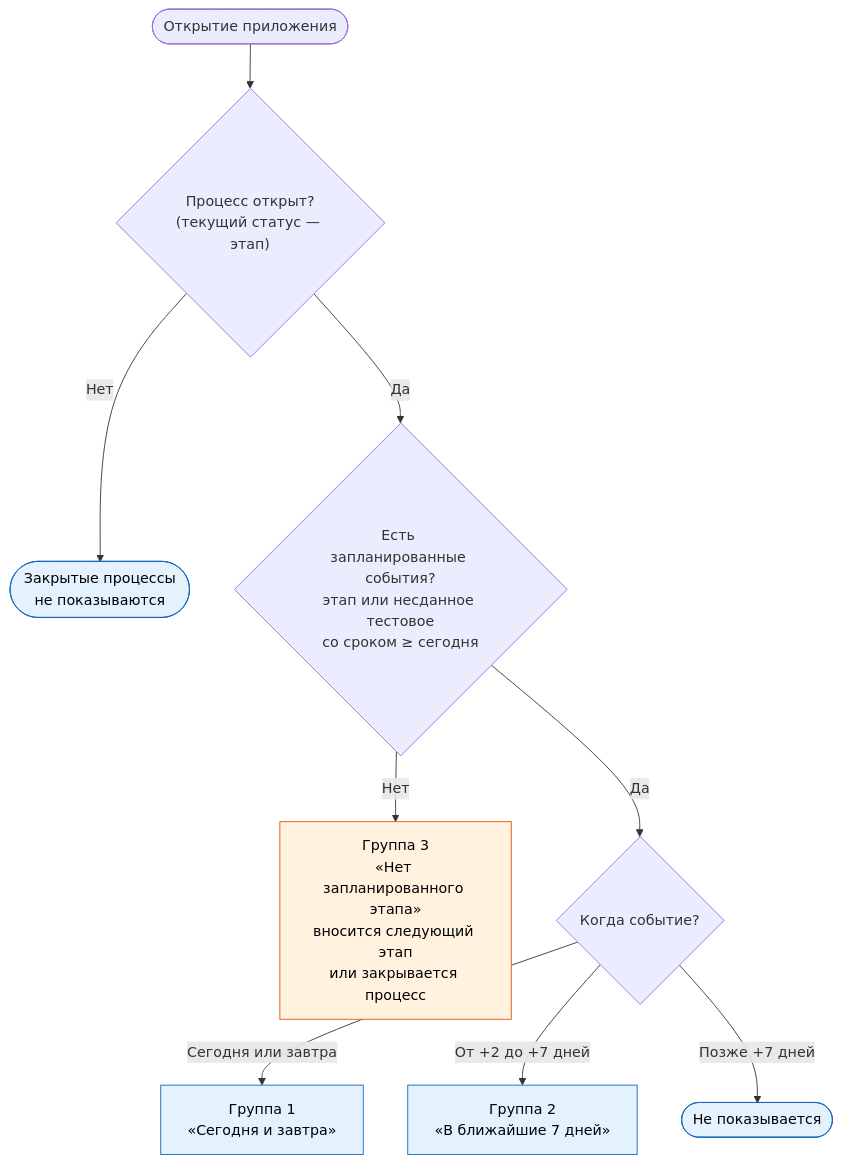
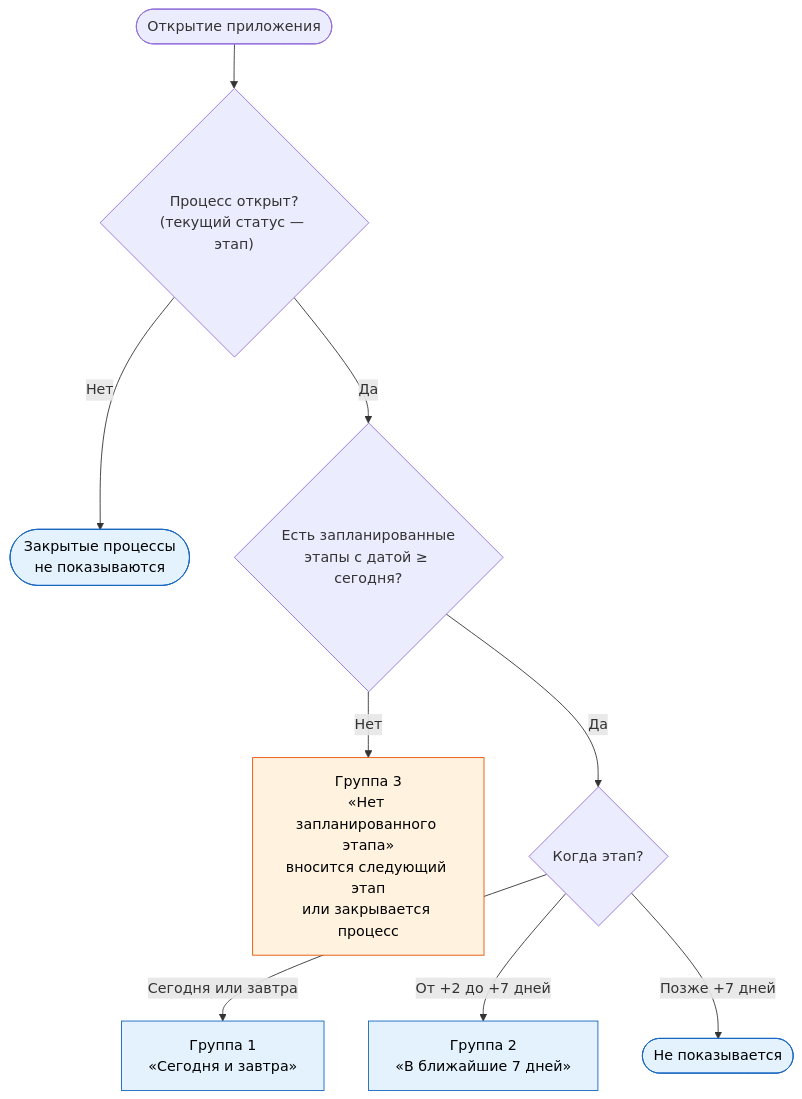
Before and after one commit to j112nsk/tw-portfolio: the first of 2 diagrams in projects/06-job-search-crm/docs/process/02-to-be-job-search.md, drawn with Mermaid. The commit also changed other lines of this file, not shown here.

````diff
--- a/projects/06-job-search-crm/docs/process/02-to-be-job-search.md
+++ b/projects/06-job-search-crm/docs/process/02-to-be-job-search.md
@@ -85,18 +91,18 @@
 ```mermaid
 flowchart TD
     Start(["Открытие приложения"]) --> Open{"Процесс открыт?<br/>(текущий статус — этап)"}
     Open -->|"Нет"| Closed(["Закрытые процессы<br/>не показываются"])
-    Open -->|"Да"| Events{"Есть запланированные события?<br/>этап или несданное тестовое<br/>со сроком ≥ сегодня"}
+    Open -->|"Да"| Events{"Есть запланированные<br/>этапы с датой ≥ сегодня?"}
 
     Events -->|"Нет"| Group3["Группа 3<br/>«Нет запланированного этапа»<br/>вносится следующий этап<br/>или закрывается процесс"]
-    Events -->|"Да"| Days{"Когда событие?"}
+    Events -->|"Да"| Days{"Когда этап?"}
 
     Days -->|"Сегодня или завтра"| Group1["Группа 1<br/>«Сегодня и завтра»"]
     Days -->|"От +2 до +7 дней"| Group2["Группа 2<br/>«В ближайшие 7 дней»"]
     Days -->|"Позже +7 дней"| Later(["Не показывается"])
 
     classDef info fill:#e3f2fd,stroke:#1565c0,color:#000
     classDef action fill:#fff3e0,stroke:#e65100,color:#000
     class Group1,Group2,Closed,Later info
     class Group3 action
 ```
````
